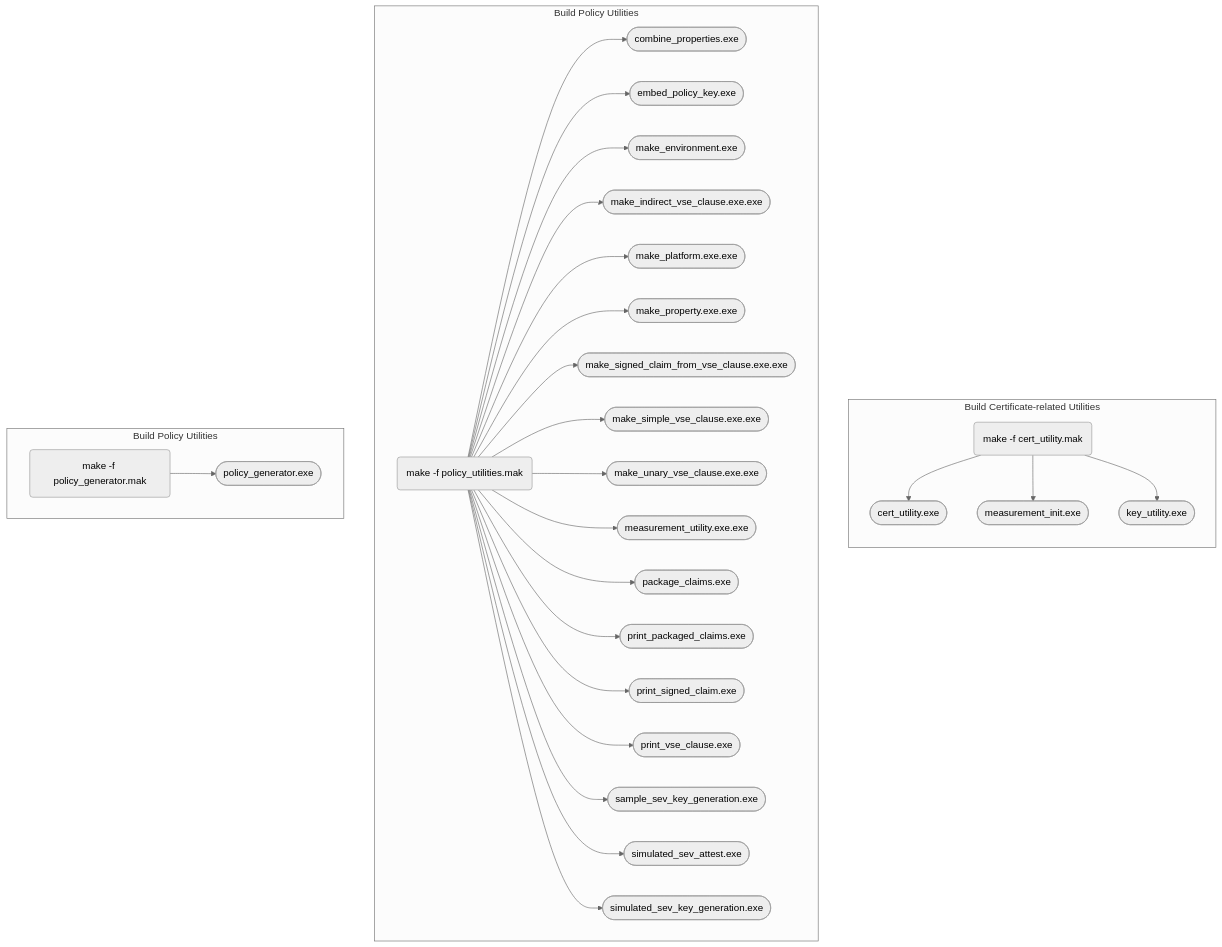
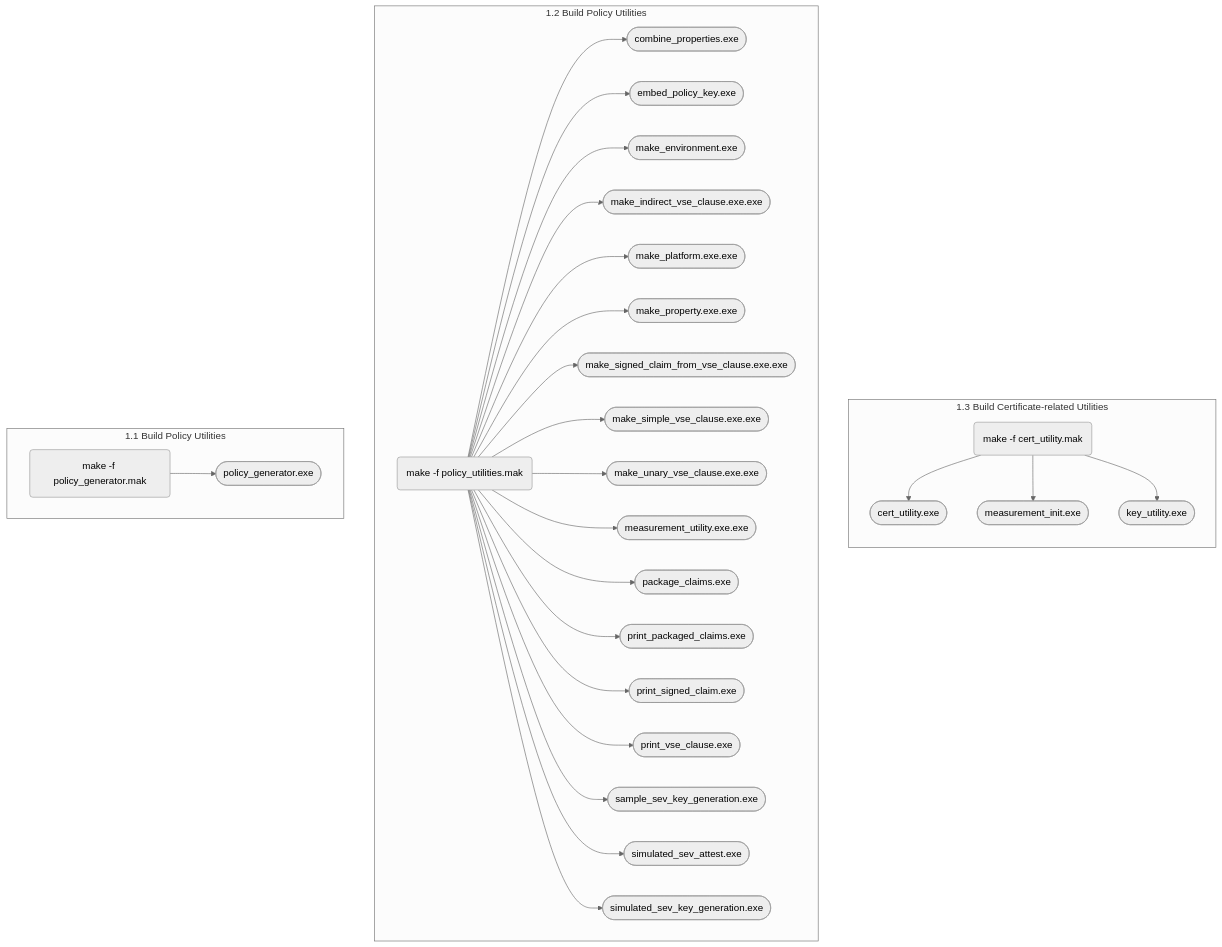
Before and after one commit to georgievaVMW/certifier-framework-for-confidential-computing: the first of 3 diagrams in sample_apps/simple_app/instructions.md, drawn with Mermaid (neutral theme). The commit also changed other lines of this file, not shown here.

````diff
--- a/sample_apps/simple_app/instructions.md
+++ b/sample_apps/simple_app/instructions.md
@@ -41,36 +41,37 @@
 ```mermaid
 flowchart
 
-  subgraph Build Certificate-related Utilities
+  subgraph 1.3 Build Certificate-related Utilities
   direction TB
     id1(make -f cert_utility.mak) --> id11([cert_utility.exe])
     id1(make -f cert_utility.mak) --> id12([measurement_init.exe])
     id1(make -f cert_utility.mak) --> id13([key_utility.exe])
   end
 
-  subgraph Build Policy Utilities
+  subgraph 1.2 Build Policy Utilities
   direction LR
     id2(make -f policy_utilities.mak) --> id21([combine_properties.exe])
     id2(make -f policy_utilities.mak) --> id22([embed_policy_key.exe])
     id2(make -f policy_utilities.mak) --> id23([make_environment.exe])
     id2(make -f policy_utilities.mak) --> id24([make_indirect_vse_clause.exe.exe])
     id2(make -f policy_utilities.mak) --> id25([make_platform.exe.exe])
     id2(make -f policy_utilities.mak) --> id26([make_property.exe.exe])
     id2(make -f policy_utilities.mak) --> id27([make_signed_claim_from_vse_clause.exe.exe])
     id2(make -f policy_utilities.mak) --> id28([make_simple_vse_clause.exe.exe])
     id2(make -f policy_utilities.mak) --> id29([make_unary_vse_clause.exe.exe])
     id2(make -f policy_utilities.mak) --> id210([measurement_utility.exe.exe])
     id2(make -f policy_utilities.mak) --> id211([package_claims.exe])
     id2(make -f policy_utilities.mak) --> id212([print_packaged_claims.exe])
     id2(make -f policy_utilities.mak) --> id213([print_signed_claim.exe])
     id2(make -f policy_utilities.mak) --> id214([print_vse_clause.exe])
     id2(make -f policy_utilities.mak) --> id215([sample_sev_key_generation.exe])
     id2(make -f policy_utilities.mak) --> id216([simulated_sev_attest.exe])
     id2(make -f policy_utilities.mak) --> id217([simulated_sev_key_generation.exe])
   end
 
-  subgraph Build Policy Utilities
+  subgraph 1.1 Build Policy Utilities
   direction LR
     id3(make -f policy_generator.mak) --> id31([policy_generator.exe])
   end
+
 ```
````
